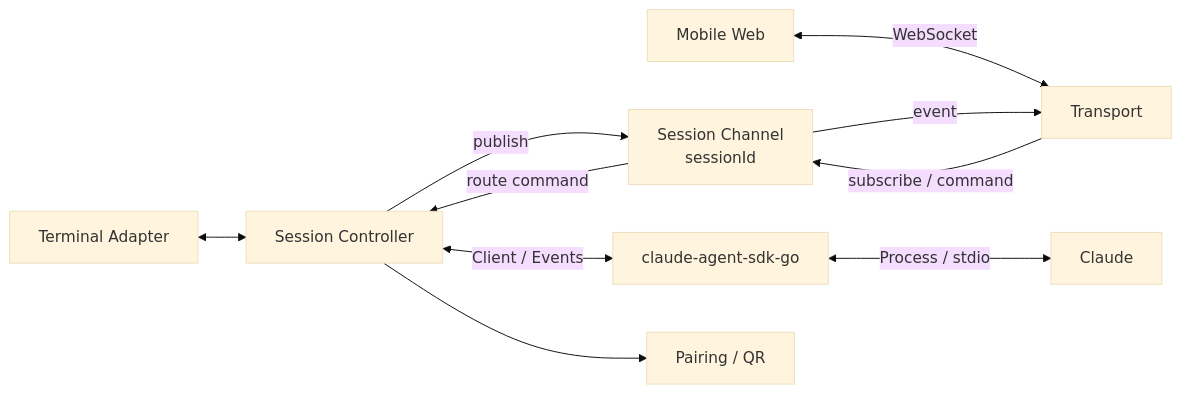
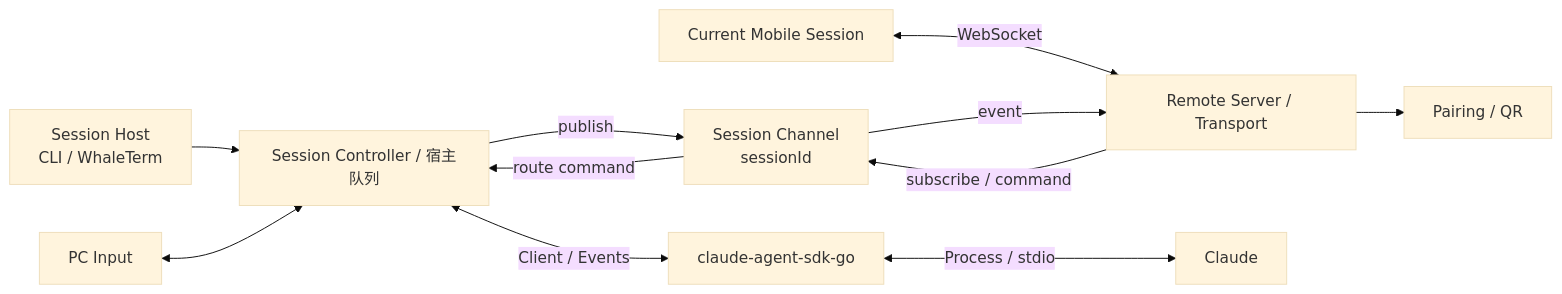
The first of 3 diagrams in docs/specs/2026-08-21-claude-mobile-remote-design.md (tea4go/claude-mobile-remote), drawn with Mermaid (base theme) before and after one commit. The commit also changed other lines of this file and 6 other files, not shown here.

Commit message:
docs: simplify session remote roadmap

````diff
--- a/docs/specs/2026-08-21-claude-mobile-remote-design.md
+++ b/docs/specs/2026-08-21-claude-mobile-remote-design.md
@@ -15,12 +16,13 @@
 ```mermaid
 flowchart LR
-    T["Terminal Adapter"] <--> SC["Session Controller"]
-    M["Mobile Web"] <-->|"WebSocket"| W["Transport"]
+    H["Session Host<br/>CLI / WhaleTerm"] --> SC["Session Controller / 宿主队列"]
+    T["PC Input"] <--> SC
+    M["Current Mobile Session"] <-->|"WebSocket"| W["Remote Server / Transport"]
     W -->|"subscribe / command"| CH["Session Channel<br/>sessionId"]
     SC -->|"publish"| CH
     CH -->|"event"| W
     CH -->|"route command"| SC
     SC <-->|"Client / Events"| SDK["claude-agent-sdk-go"]
     SDK <-->|"Process / stdio"| C["Claude"]
-    SC --> P["Pairing / QR"]
+    W --> P["Pairing / QR"]
 ```
````
